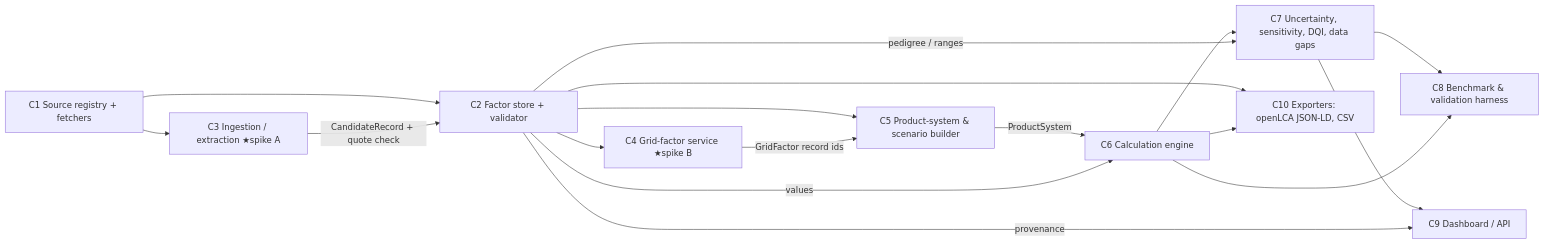
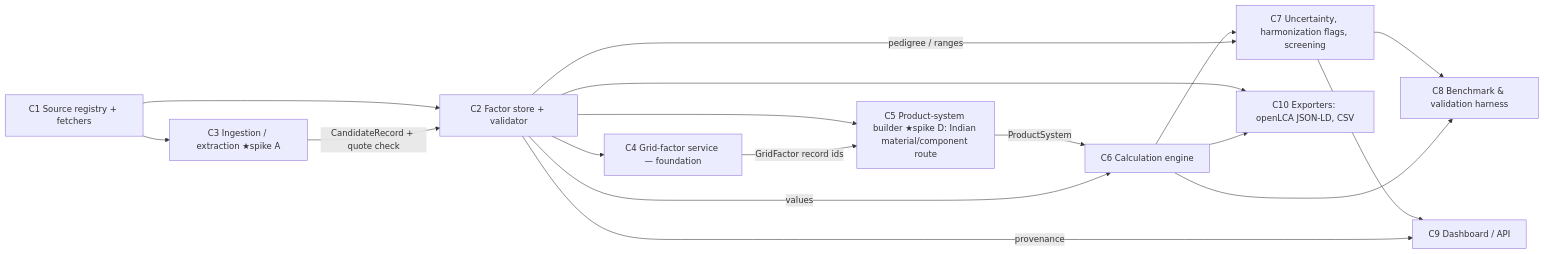
Before and after one commit to imdigitalashish/techfest-2026: the diagram in ev-c2-green-auto-lca/architecture/components.md, drawn with Mermaid. The commit also changed other lines of this file and 30 other files, not shown here.

````diff
--- a/ev-c2-green-auto-lca/architecture/components.md
+++ b/ev-c2-green-auto-lca/architecture/components.md
@@ -5,19 +5,19 @@
 ```mermaid
 flowchart LR
   C1[C1 Source registry + fetchers] --> C3[C3 Ingestion / extraction ★spike A]
   C1 --> C2[C2 Factor store + validator]
   C3 -->|CandidateRecord + quote check| C2
-  C2 --> C4[C4 Grid-factor service ★spike B]
-  C2 --> C5[C5 Product-system & scenario builder]
+  C2 --> C4[C4 Grid-factor service — foundation]
+  C2 --> C5[C5 Product-system builder ★spike D: Indian material/component route]
   C4 -->|GridFactor record ids| C5
   C5 -->|ProductSystem| C6[C6 Calculation engine]
   C2 -->|values| C6
-  C6 --> C7[C7 Uncertainty, sensitivity, DQI, data gaps]
+  C6 --> C7[C7 Uncertainty, harmonization flags, screening]
   C2 -->|pedigree / ranges| C7
   C7 --> C8[C8 Benchmark & validation harness]
   C6 --> C8
   C7 --> C9[C9 Dashboard / API]
   C2 -->|provenance| C9
   C2 --> C10[C10 Exporters: openLCA JSON-LD, CSV]
   C6 --> C10
 ```
````
